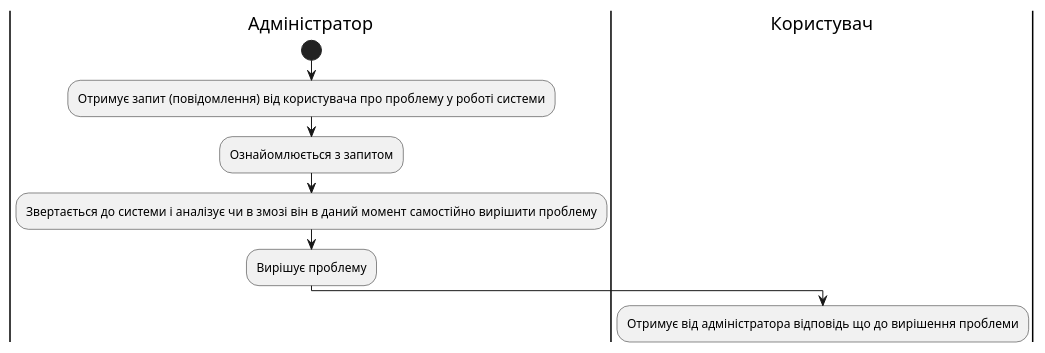
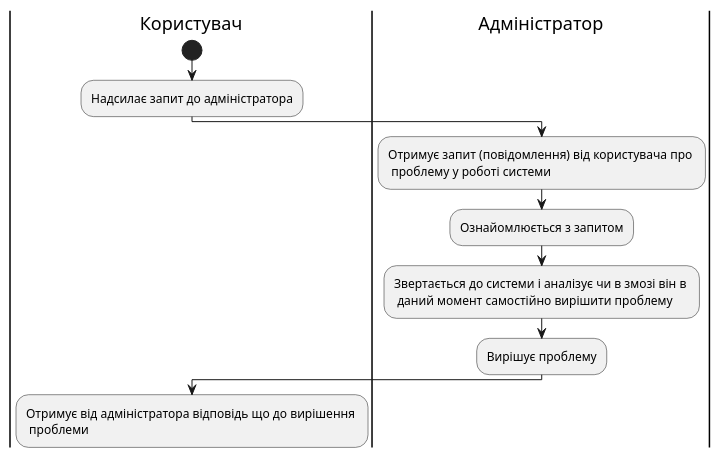
One commit to ukioxz/media-content-analyzing-system changed diagram 15 of 16 in docs/use cases/README.md. Above: the diagram before and after it, drawn with PlantUML. The commit also changed other lines of this file and 2 other files, not shown here.

```diff
--- a/docs/use cases/README.md
+++ b/docs/use cases/README.md
@@ -456,20 +406,23 @@
 @startuml
 
-|Адміністратор|
+|Користувач|
 
 start
 
-:Отримує запит (повідомлення) від користувача про проблему у роботі системи;
+:Надсилає запит до адміністратора;
+
+|#AntiqueWhite|Адміністратор
+
+:Отримує запит (повідомлення) від користувача про \n проблему у роботі системи;
 
 :Ознайомлюється з запитом;
 
-:Звертається до системи і аналізує чи в змозі він в даний момент самостійно вирішити проблему;
+:Звертається до системи і аналізує чи в змозі він в \n даний момент самостійно вирішити проблему;
 
 :Вирішує проблему;
 
-|#AntiqueWhite|Користувач
+|Користувач|
 
-:Отримує від адміністратора відповідь що до вирішення проблеми;
-
+:Отримує від адміністратора відповідь що до вирішення \n проблеми;
 
 @enduml
```
